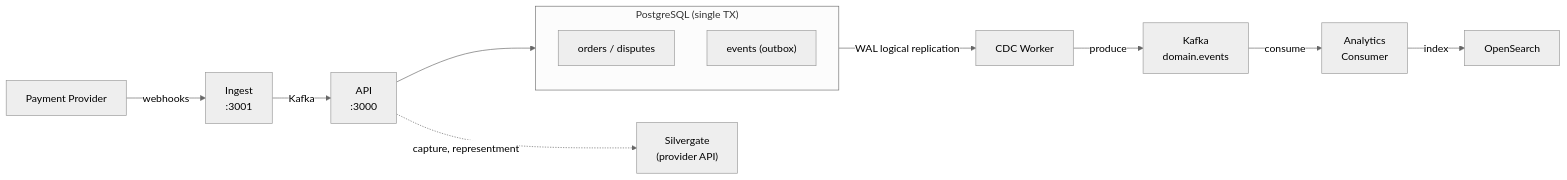
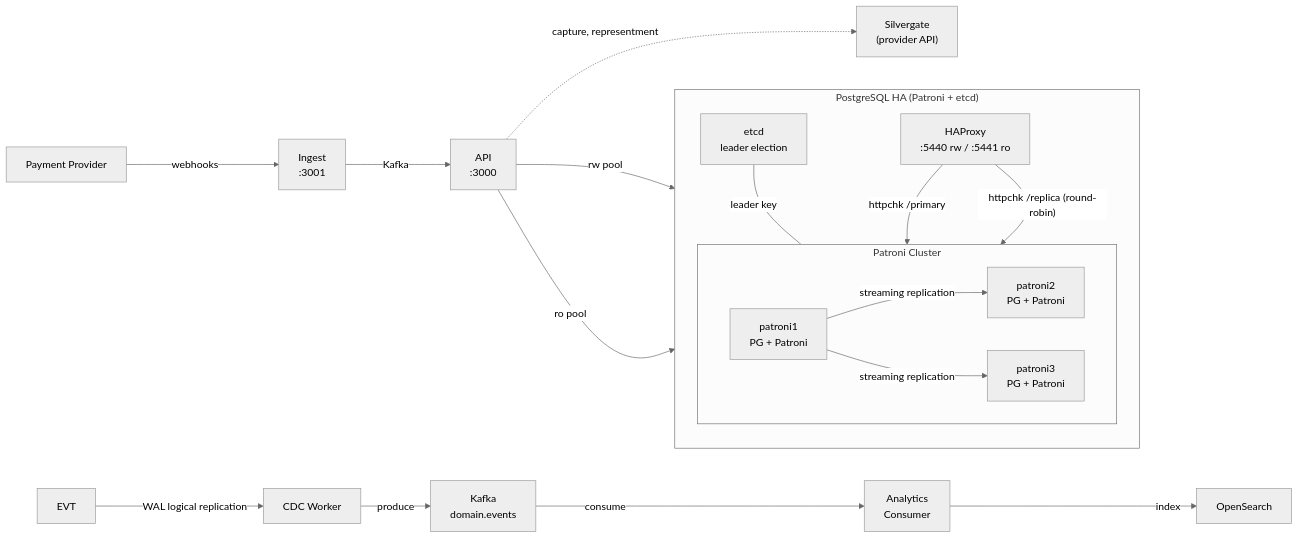
Before and after one commit to Mark-Juzefin/distributed-payment-manager-practice: the diagram in README.md, drawn with Mermaid (neutral theme). The commit also changed other lines of this file and 33 other files, not shown here.

First line of the commit message:
feat: Patroni + etcd automated failover with HAProxy read/write split (#12)

````diff
--- a/README.md
+++ b/README.md
@@ -40,21 +40,32 @@
 ```mermaid
 flowchart LR
   EXT["Payment Provider"]
     -->|webhooks| ING["Ingest<br/>:3001"]
 
   ING -->|Kafka| API["API<br/>:3000"]
 
-  subgraph TX["PostgreSQL (single TX)"]
+  subgraph PG["PostgreSQL HA (Patroni + etcd)"]
     direction TB
-    BIZ["orders / disputes"]
-    EVT["events (outbox)"]
+    ETCD["etcd<br/>leader election"]
+    HAP["HAProxy<br/>:5440 rw / :5441 ro"]
+    subgraph PAT["Patroni Cluster"]
+      P1["patroni1<br/>PG + Patroni"]
+      P2["patroni2<br/>PG + Patroni"]
+      P3["patroni3<br/>PG + Patroni"]
+    end
+    ETCD ---|leader key| PAT
+    HAP -->|"httpchk /primary"| PAT
+    HAP -->|"httpchk /replica (round-robin)"| PAT
+    P1 -->|streaming replication| P2
+    P1 -->|streaming replication| P3
   end
-  API --> TX
+  API -->|rw pool| HAP
+  API -->|ro pool| HAP
 
   EVT -->|WAL logical replication| CDC["CDC Worker"]
   CDC -->|produce| TOPIC["Kafka<br/>domain.events"]
   TOPIC -->|consume| AN["Analytics<br/>Consumer"]
   AN -->|index| OS["OpenSearch"]
 
   API -.->|capture, representment| SG["Silvergate<br/>(provider API)"]
 ```
````
